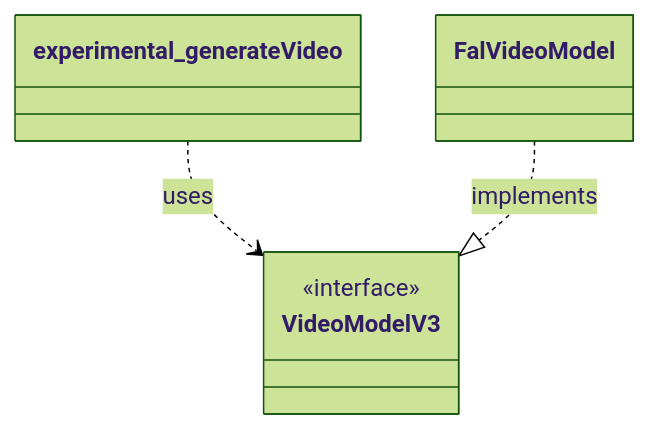
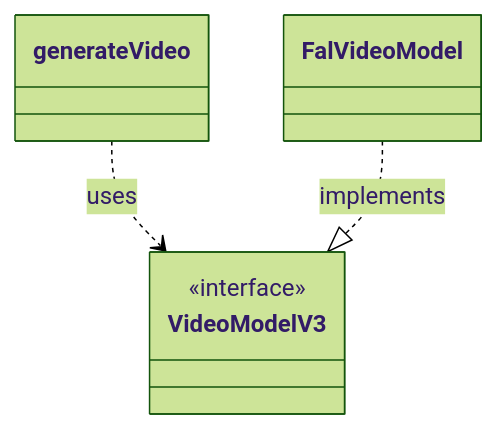
One commit to vercel/ai changed the eighth of 8 diagrams in architecture/provider-abstraction.md. Above: the diagram before and after it, drawn with Mermaid (forest theme). The commit also changed other lines of this file, not shown here.

````diff
--- a/architecture/provider-abstraction.md
+++ b/architecture/provider-abstraction.md
@@ -188,11 +185,11 @@
 ```mermaid
 classDiagram
-    class experimental_generateVideo
+    class generateVideo
     class VideoModelV3 {
       <<interface>>
     }
     class FalVideoModel
 
-    experimental_generateVideo ..> VideoModelV3 : uses
+    generateVideo ..> VideoModelV3 : uses
     FalVideoModel ..|> VideoModelV3 : implements
 ```
````
